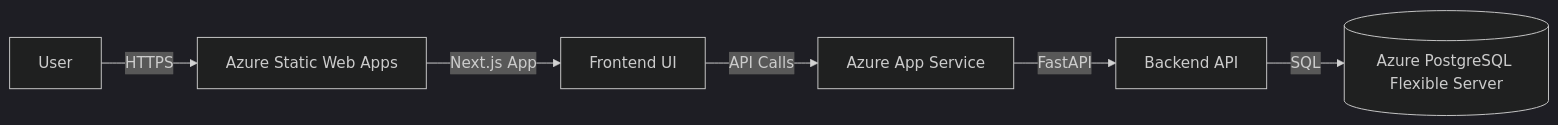
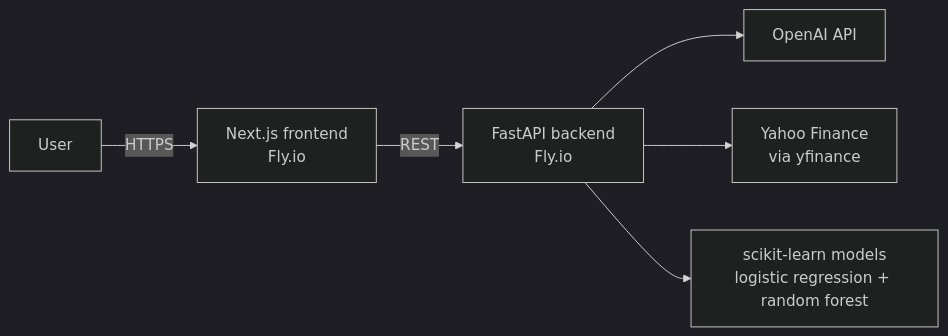
Before and after one commit to Ravonte-K/Personal-Portfolio: the diagram in README.md, drawn with Mermaid (dark theme). The commit also changed other lines of this file, not shown here.

````diff
--- a/README.md
+++ b/README.md
@@ -12,8 +36,8 @@
 ```mermaid
 flowchart LR
-  U[User] -->|HTTPS| SWA[Azure Static Web Apps]
-  SWA -->|Next.js App| FE[Frontend UI]
-  FE -->|API Calls| AS[Azure App Service]
-  AS -->|FastAPI| BE[Backend API]
-  BE -->|SQL| PG[(Azure PostgreSQL Flexible Server)]
+  U[User] -->|HTTPS| FE[Next.js frontend<br/>Fly.io]
+  FE -->|REST| BE[FastAPI backend<br/>Fly.io]
+  BE --> LLM[OpenAI API]
+  BE --> YF[Yahoo Finance<br/>via yfinance]
+  BE --> ML[scikit-learn models<br/>logistic regression + random forest]
 ```
````
